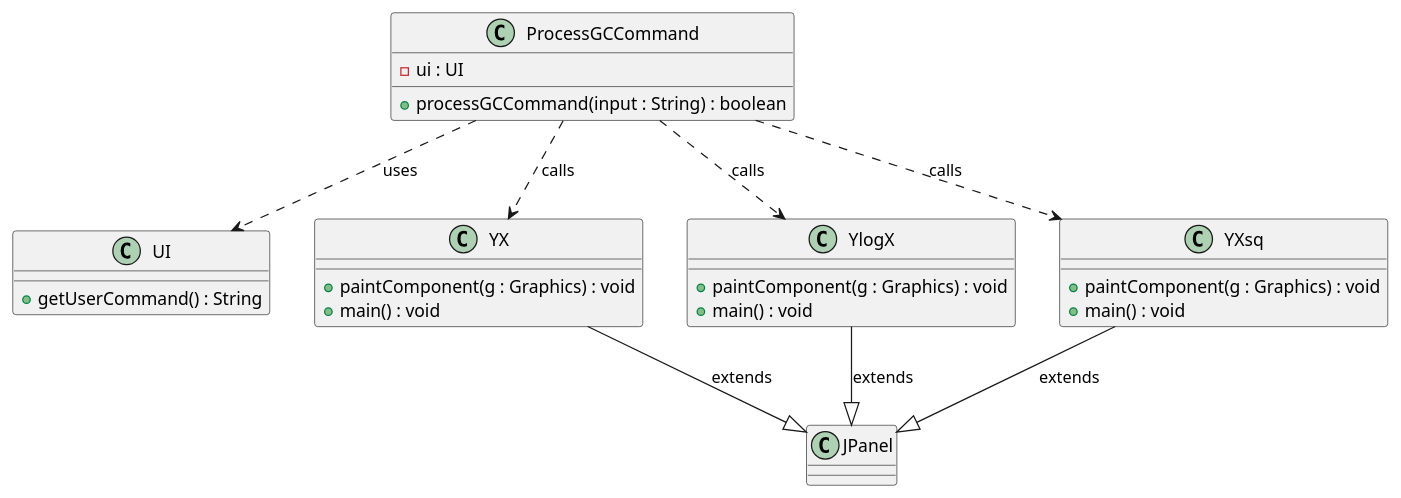
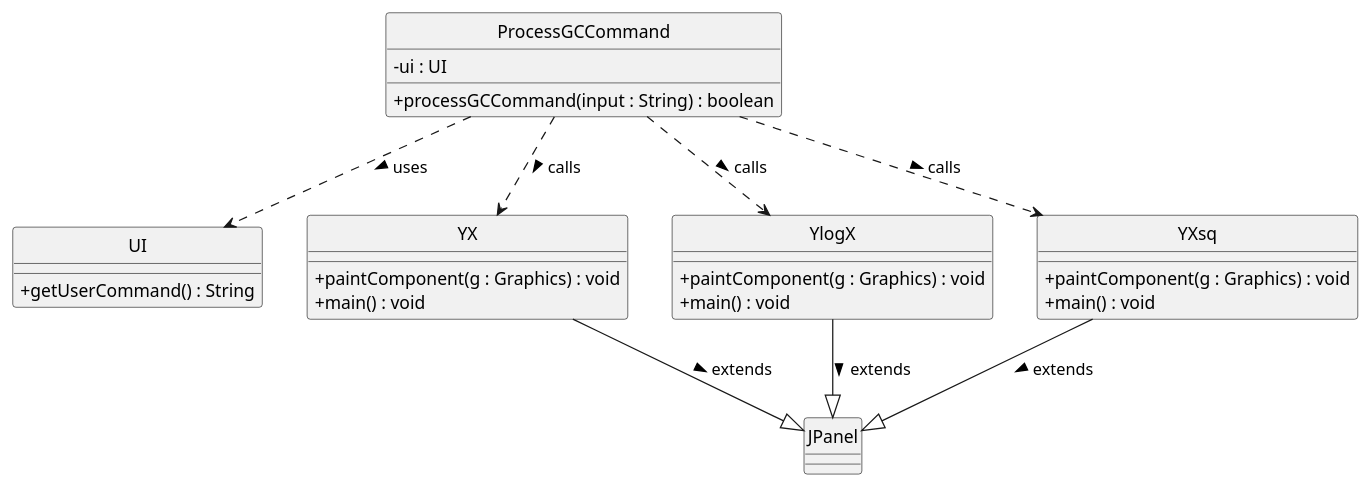
Before and after one commit to nyh3/tp: the diagram in docs/diagrams/classdiagram/GCCD.puml, drawn with PlantUML. The commit also changed 6 other files, not shown here.

Commit message:
Standardize diagrams

```diff
--- a/docs/diagrams/classdiagram/GCCD.puml
+++ b/docs/diagrams/classdiagram/GCCD.puml
@@ -1,36 +1,39 @@
 @startuml
+
+hide circle
+skinparam classAttributeIconSize 0
 
 class ProcessGCCommand {
     -ui : UI
     +processGCCommand(input : String) : boolean
 }
 
 class UI {
     +getUserCommand() : String
 }
 
 class YX {
     +paintComponent(g : Graphics) : void
     +main() : void
 }
 
 class YlogX {
     +paintComponent(g : Graphics) : void
     +main() : void
 }
 
 class YXsq {
     +paintComponent(g : Graphics) : void
     +main() : void
 }
 
-ProcessGCCommand .down.> UI : uses
-ProcessGCCommand ..> YX : calls
-ProcessGCCommand ..> YlogX : calls
-ProcessGCCommand ..> YXsq : calls
+ProcessGCCommand .down.> UI : uses >
+ProcessGCCommand ..> YX : calls >
+ProcessGCCommand ..> YlogX : calls >
+ProcessGCCommand ..> YXsq : calls >
 
-YX --|> JPanel : extends
-YlogX --|> JPanel : extends
-YXsq --|> JPanel : extends
+YX --|> JPanel : extends >
+YlogX --|> JPanel : extends >
+YXsq --|> JPanel : extends >
 
 @enduml
```
